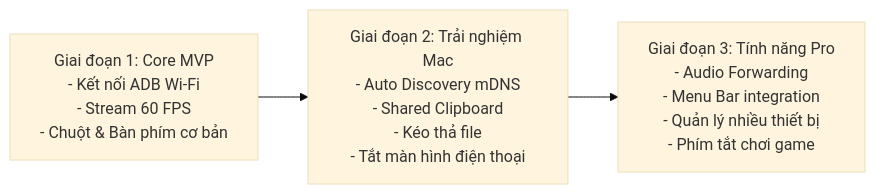
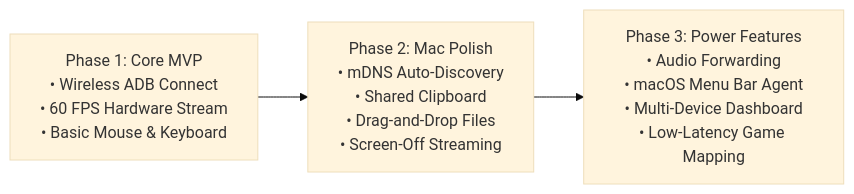
One commit to az-coder-123/azdroid changed the diagram in docs/features.md. Above: the diagram before and after it, drawn with Mermaid (base theme). The commit also changed other lines of this file and 3 other files, not shown here.

````diff
--- a/docs/features.md
+++ b/docs/features.md
@@ -95,5 +105,5 @@
 ```mermaid
 flowchart LR
-    A["Giai đoạn 1: Core MVP\n- Kết nối ADB Wi-Fi\n- Stream 60 FPS\n- Chuột & Bàn phím cơ bản"] --> B["Giai đoạn 2: Trải nghiệm Mac\n- Auto Discovery mDNS\n- Shared Clipboard\n- Kéo thả file\n- Tắt màn hình điện thoại"]
-    B --> C["Giai đoạn 3: Tính năng Pro\n- Audio Forwarding\n- Menu Bar integration\n- Quản lý nhiều thiết bị\n- Phím tắt chơi game"]
+    A["Phase 1: Core MVP\n• Wireless ADB Connect\n• 60 FPS Hardware Stream\n• Basic Mouse & Keyboard"] --> B["Phase 2: Mac Polish\n• mDNS Auto-Discovery\n• Shared Clipboard\n• Drag-and-Drop Files\n• Screen-Off Streaming"]
+    B --> C["Phase 3: Power Features\n• Audio Forwarding\n• macOS Menu Bar Agent\n• Multi-Device Dashboard\n• Low-Latency Game Mapping"]
 ```
````
